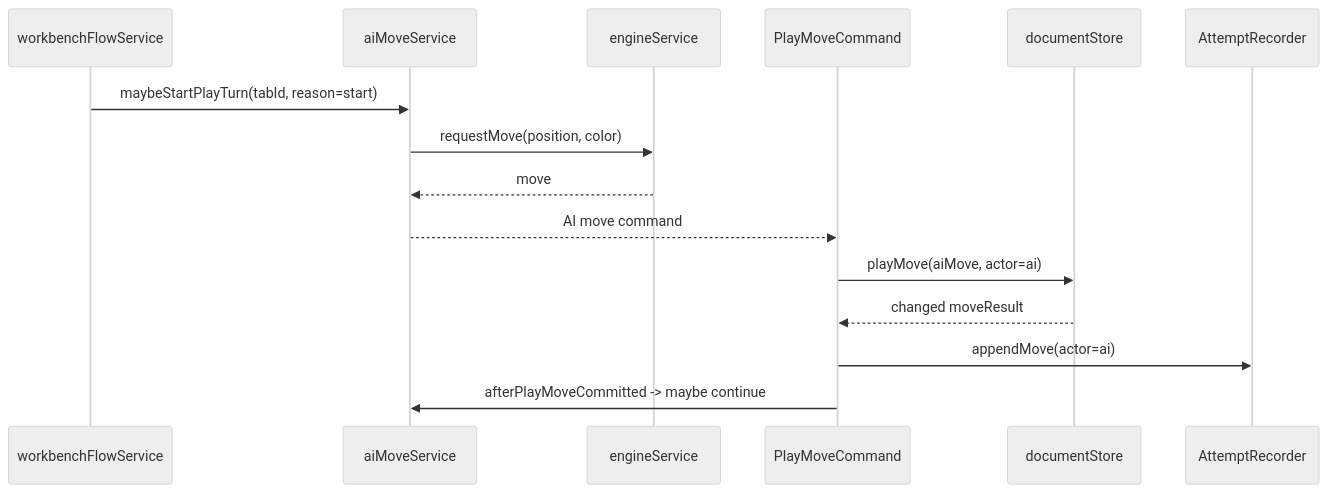
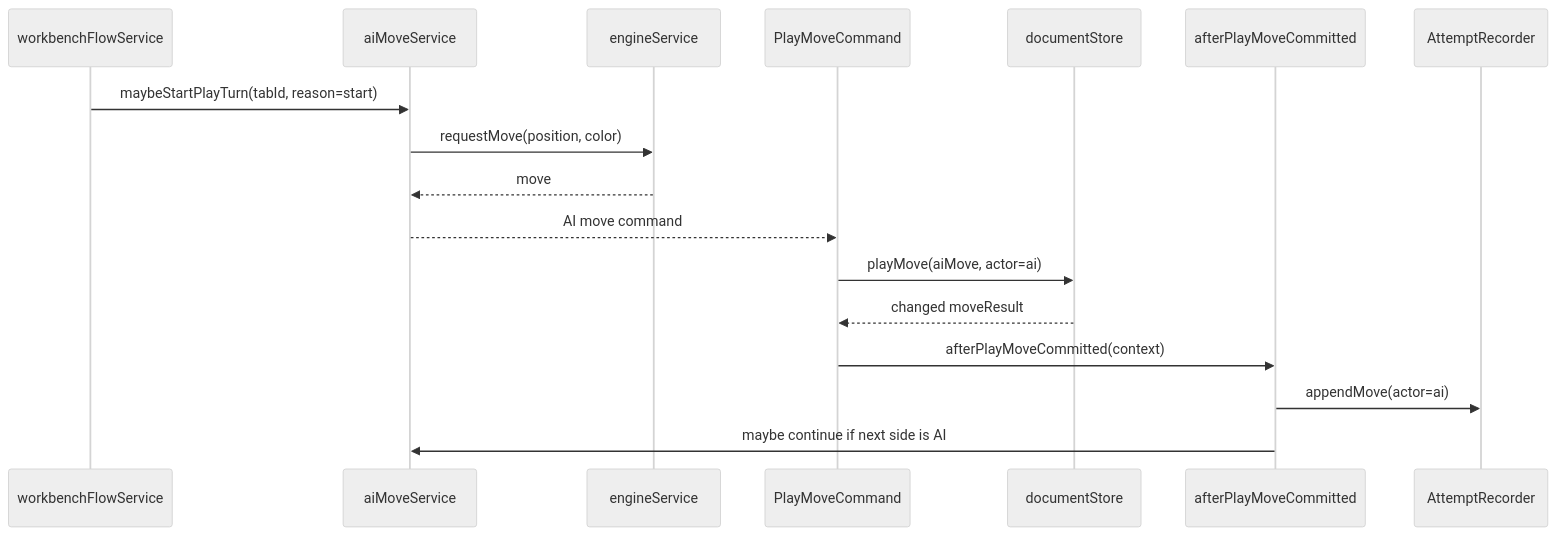
One commit to Gaogao417/Sabaki changed the third of 4 diagrams in docs/design/play-move-committed-architecture.md. Above: the diagram before and after it, drawn with Mermaid (neutral theme). The commit also changed other lines of this file and 2 other files, not shown here.

Commit message:
docs: align play move commit architecture

````diff
--- a/docs/design/play-move-committed-architecture.md
+++ b/docs/design/play-move-committed-architecture.md
@@ -186,18 +201,20 @@
 ```mermaid
 sequenceDiagram
   participant WF as workbenchFlowService
   participant AI as aiMoveService
   participant ENG as engineService
   participant PM as PlayMoveCommand
   participant DS as documentStore
+  participant Hook as afterPlayMoveCommitted
   participant AR as AttemptRecorder
 
   WF->>AI: maybeStartPlayTurn(tabId, reason=start)
   AI->>ENG: requestMove(position, color)
   ENG-->>AI: move
   AI-->>PM: AI move command
   PM->>DS: playMove(aiMove, actor=ai)
   DS-->>PM: changed moveResult
-  PM->>AR: appendMove(actor=ai)
-  PM->>AI: afterPlayMoveCommitted -> maybe continue
+  PM->>Hook: afterPlayMoveCommitted(context)
+  Hook->>AR: appendMove(actor=ai)
+  Hook->>AI: maybe continue if next side is AI
 ```
````
